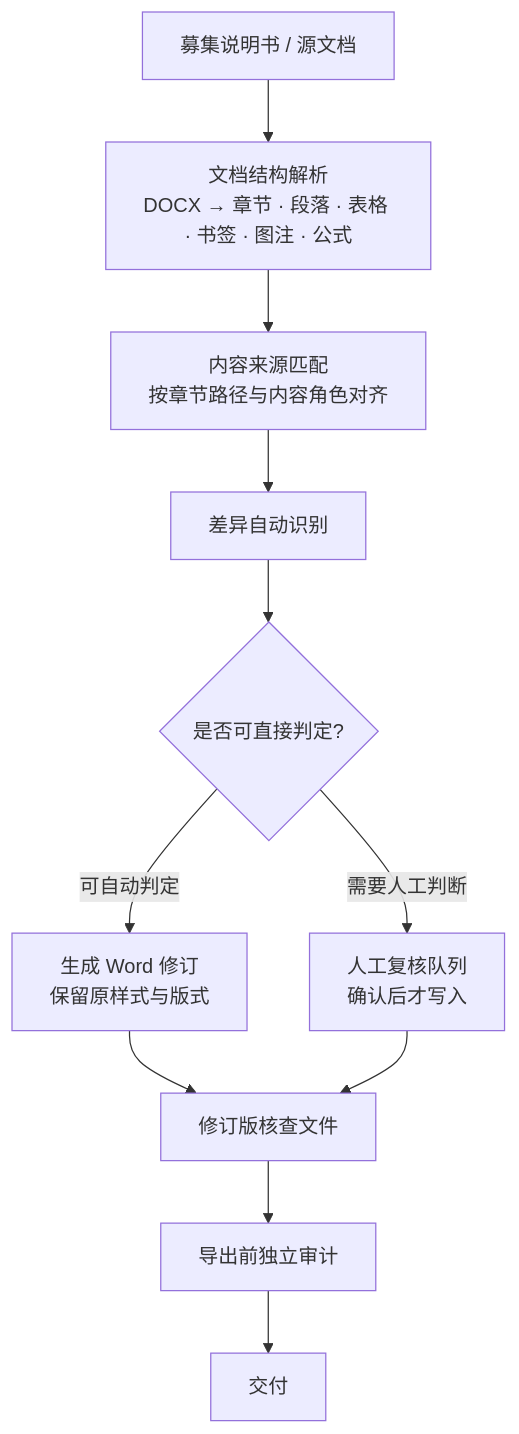
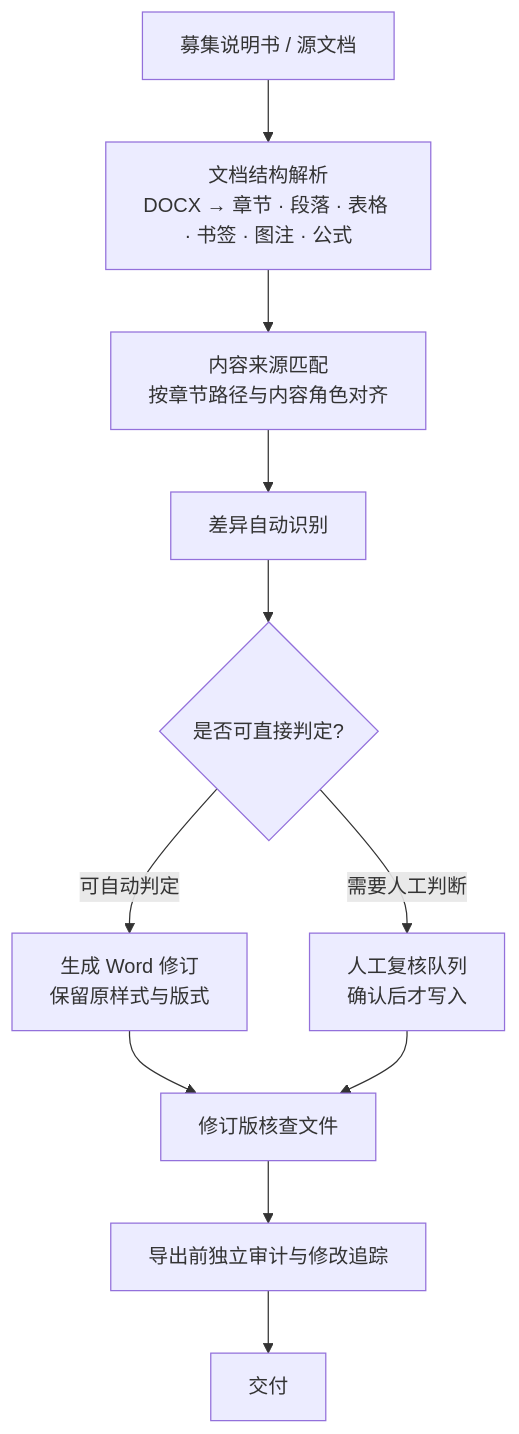
Before and after one commit to Simple-StayHungry/document-review-workbench: the diagram in README.md, drawn with Mermaid. The commit also changed other lines of this file, not shown here.

````diff
--- a/README.md
+++ b/README.md
@@ -46,13 +46,13 @@
 ```mermaid
 flowchart TD
     A["募集说明书 / 源文档"] --> B["文档结构解析<br/>DOCX → 章节 · 段落 · 表格 · 书签 · 图注 · 公式"]
     B --> C["内容来源匹配<br/>按章节路径与内容角色对齐"]
     C --> D["差异自动识别"]
     D --> E{"是否可直接判定?"}
     E -- "可自动判定" --> F["生成 Word 修订<br/>保留原样式与版式"]
     E -- "需要人工判断" --> G["人工复核队列<br/>确认后才写入"]
     F --> H["修订版核查文件"]
     G --> H
-    H --> I["导出前独立审计"]
+    H --> I["导出前独立审计与修改追踪"]
     I --> J["交付"]
 ```
````
